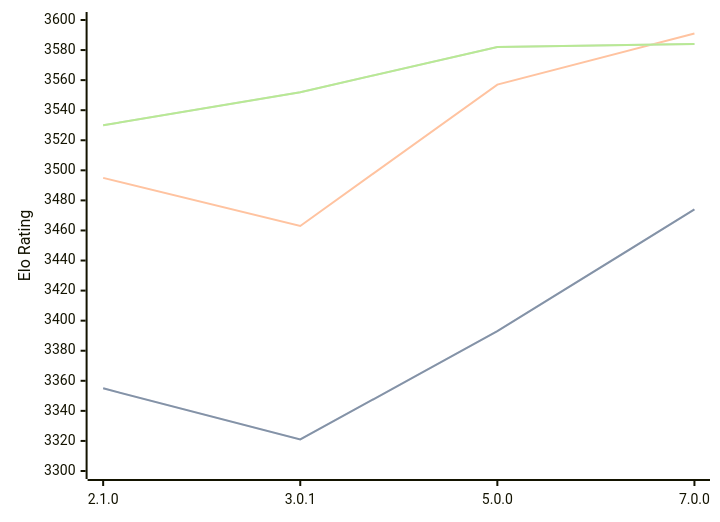
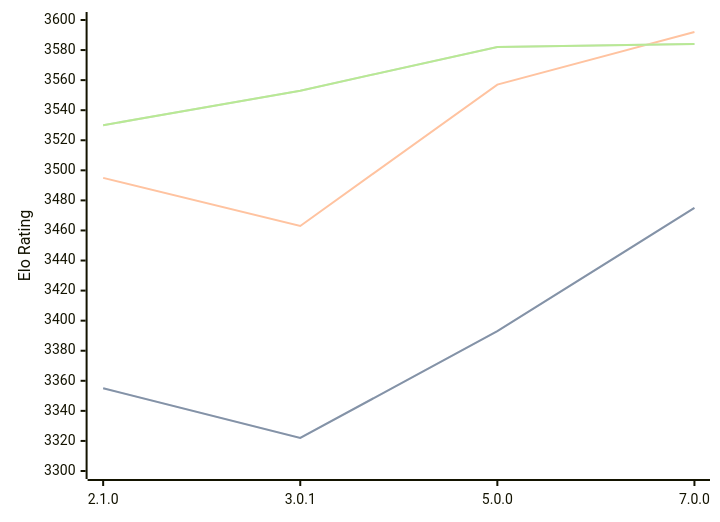
Before and after one commit to computer-chess-index/cci: the diagram in engines/PlentyChess.md, drawn with Mermaid. The commit also changed other lines of this file, not shown here.

Commit message:
Update CCI Ratings (ELO VLTC) - 2026-04-12

````diff
--- a/engines/PlentyChess.md
+++ b/engines/PlentyChess.md
@@ -45,11 +45,11 @@
 ```mermaid
 %%{init: {"theme":"base","themeVariables":{"seriesColors:['#a3a3a3','#222221','#faa371']}}}%%
 xychart-beta
   x-axis ["2.1.0", "3.0.1", "5.0.0", "7.0.0"]
   y-axis "Elo Rating" 3300 --> 3600
-  line "STC (8.0+0.08s)" [3355, 3321, 3393, 3474]
-  line "STC (8.0+0.08s)" [3355, 3321, 3393, 3474]
-  line "LTC (60.0+0.60s)" [3495, 3463, 3557, 3591]
-  line "VLTC (2m24s+1.12s)" [3530, 3552, 3582, 3584]
-  line "VLTC (2m24s+1.12s)" [3530, 3552, 3582, 3584]
+  line "STC (8.0+0.08s)" [3355, 3322, 3393, 3475]
+  line "STC (8.0+0.08s)" [3355, 3322, 3393, 3475]
+  line "LTC (60.0+0.60s)" [3495, 3463, 3557, 3592]
+  line "VLTC (2m24s+1.12s)" [3530, 3553, 3582, 3584]
+  line "VLTC (2m24s+1.12s)" [3530, 3553, 3582, 3584]
 ```
````
